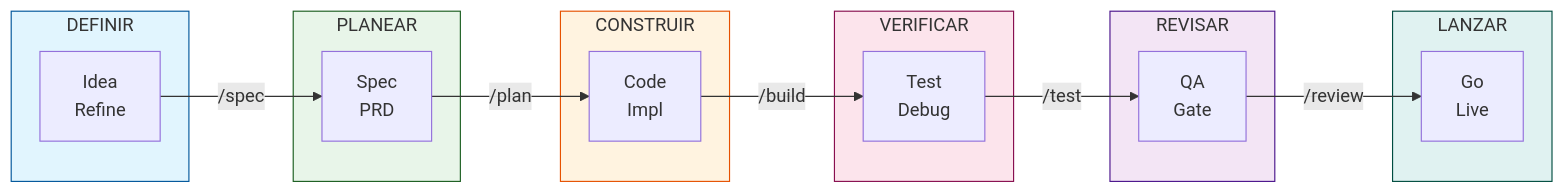
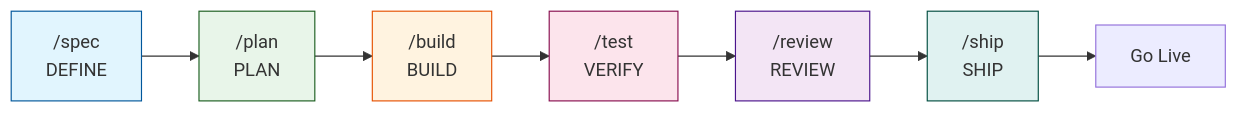
One commit to Fisherk2/spec-driven-develop-opencode-workspace changed the diagram in README.md. Above: the diagram before and after it, drawn with Mermaid. The commit also changed other lines of this file and 13 other files, not shown here.

````diff
--- a/README.md
+++ b/README.md
@@ -74,39 +79,16 @@
 ```mermaid
 flowchart LR
-    subgraph Define["DEFINIR"]
-        A["Idea<br/>Refine"]
-    end
+    A["/spec<br/>DEFINE"] --> B["/plan<br/>PLAN"]
+    B --> C["/build<br/>BUILD"]
+    C --> D["/test<br/>VERIFY"]
+    D --> E["/review<br/>REVIEW"]
+    E --> F["/ship<br/>SHIP"]
+    F --> G["Go Live"]
 
-    subgraph Plan["PLANEAR"]
-        B["Spec<br/>PRD"]
-    end
-
-    subgraph Build["CONSTRUIR"]
-        C["Code<br/>Impl"]
-    end
-
-    subgraph Verify["VERIFICAR"]
-        D["Test<br/>Debug"]
-    end
-
-    subgraph Review["REVISAR"]
-        E["QA<br/>Gate"]
-    end
-
-    subgraph Ship["LANZAR"]
-        F["Go<br/>Live"]
-    end
-
-    A -->|" /spec "| B
-    B -->|" /plan "| C
-    C -->|" /build "| D
-    D -->|" /test "| E
-    E -->|" /review "| F
-
-    style Define fill:#e1f5fe,stroke:#01579b
-    style Plan fill:#e8f5e9,stroke:#1b5e20
-    style Build fill:#fff3e0,stroke:#e65100
-    style Verify fill:#fce4ec,stroke:#880e4f
-    style Review fill:#f3e5f5,stroke:#4a148c
-    style Ship fill:#e0f2f1,stroke:#004d40
+    style A fill:#e1f5fe,stroke:#01579b
+    style B fill:#e8f5e9,stroke:#1b5e20
+    style C fill:#fff3e0,stroke:#e65100
+    style D fill:#fce4ec,stroke:#880e4f
+    style E fill:#f3e5f5,stroke:#4a148c
+    style F fill:#e0f2f1,stroke:#004d40
 ```
````
